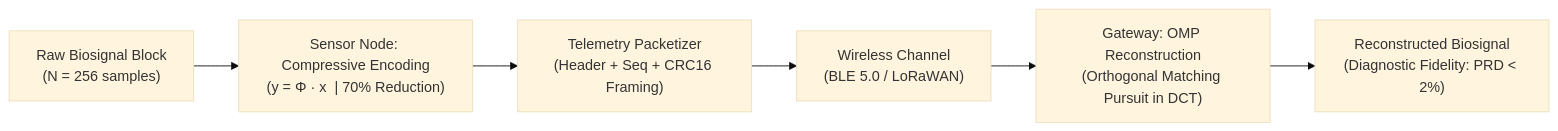
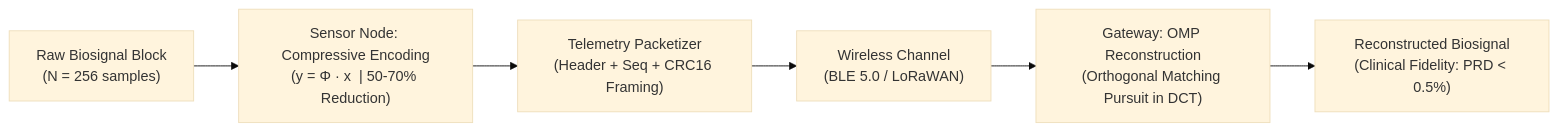
One commit to hosseinnosrati/iot-compressive-sensing changed the diagram in README.md. Above: the diagram before and after it, drawn with Mermaid (base theme). The commit also changed other lines of this file, not shown here.

````diff
--- a/README.md
+++ b/README.md
@@ -25,8 +28,8 @@
 ```mermaid
 flowchart LR
-    A["Raw Biosignal Block<br/>(N = 256 samples)"] --> B["Sensor Node: Compressive Encoding<br/>(y = Φ · x  | 70% Reduction)"]
+    A["Raw Biosignal Block<br/>(N = 256 samples)"] --> B["Sensor Node: Compressive Encoding<br/>(y = Φ · x  | 50-70% Reduction)"]
     B --> C["Telemetry Packetizer<br/>(Header + Seq + CRC16 Framing)"]
     C --> D["Wireless Channel<br/>(BLE 5.0 / LoRaWAN)"]
     D --> E["Gateway: OMP Reconstruction<br/>(Orthogonal Matching Pursuit in DCT)"]
-    E --> F["Reconstructed Biosignal<br/>(Diagnostic Fidelity: PRD < 2%)"]
+    E --> F["Reconstructed Biosignal<br/>(Clinical Fidelity: PRD < 0.5%)"]
 ```
````
